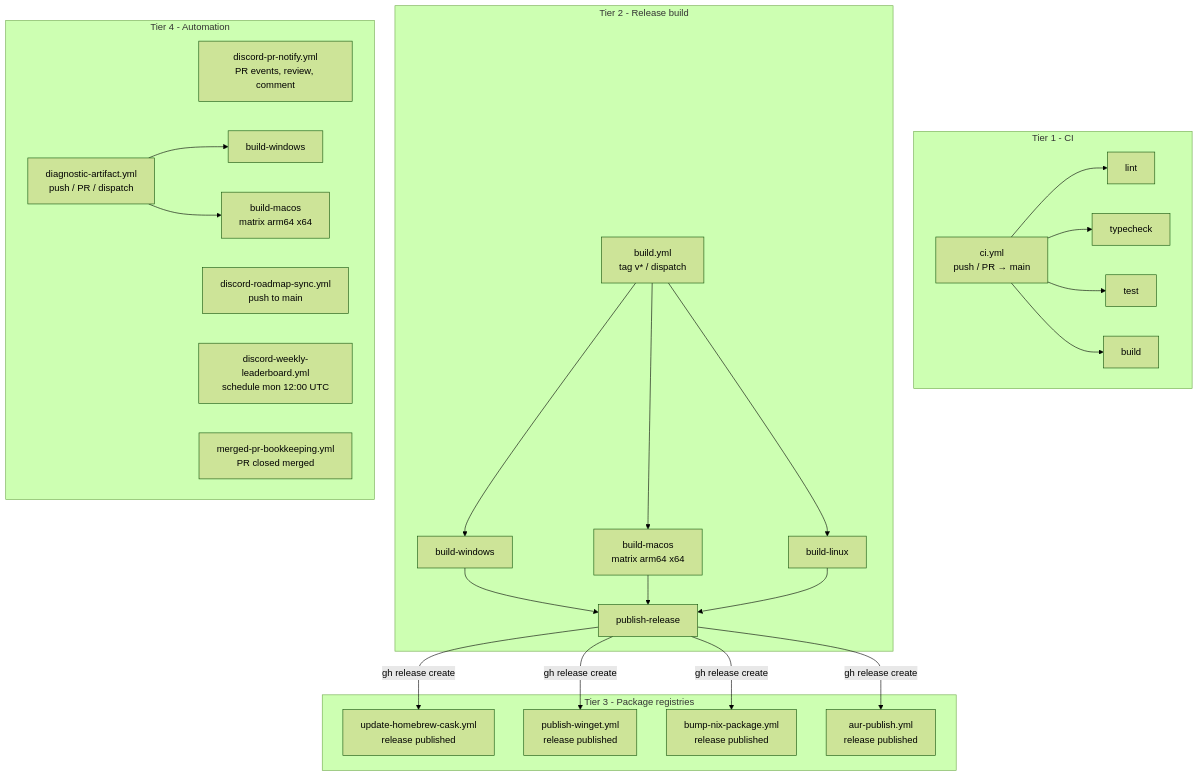
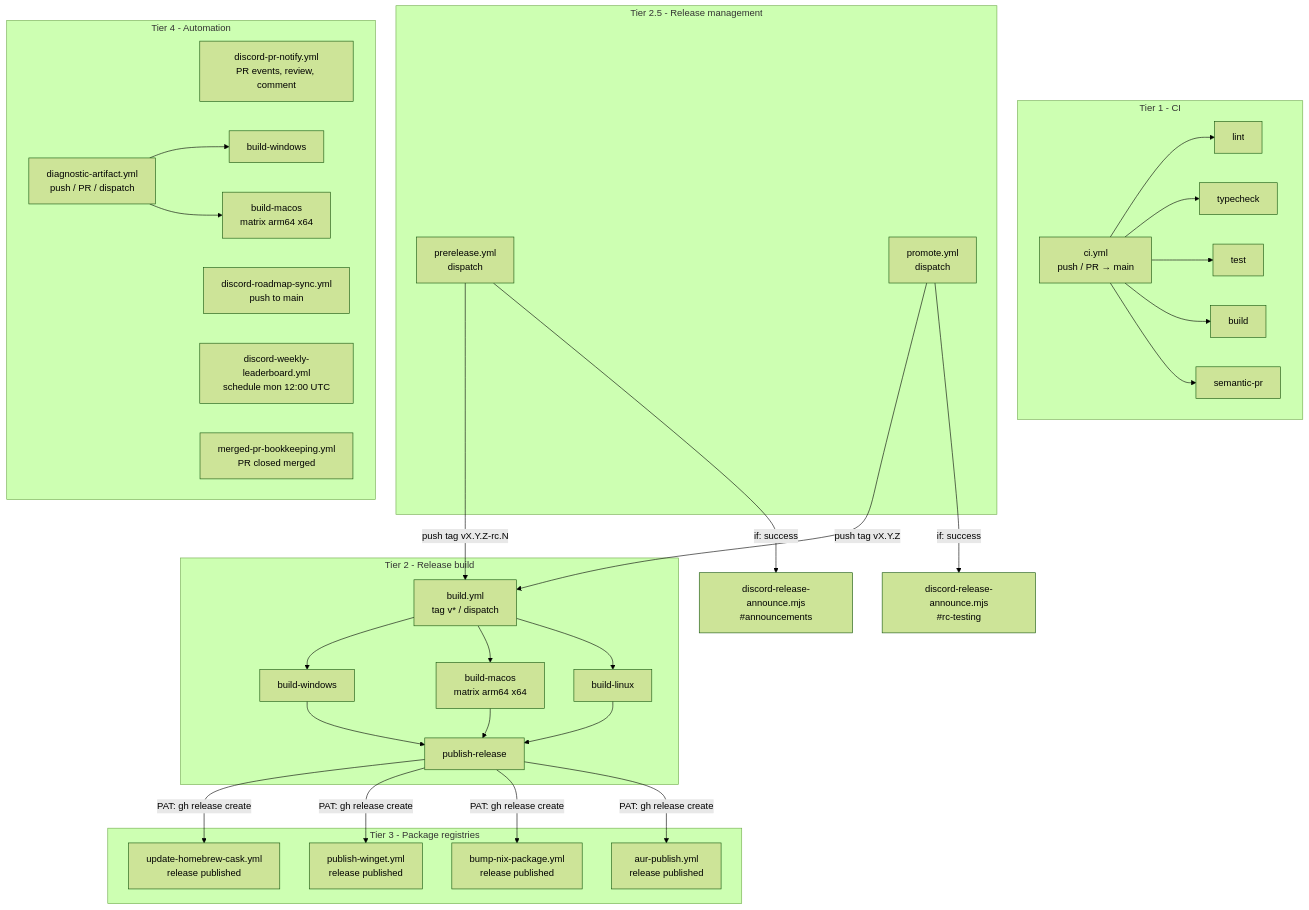
One commit to bedarstudios/openscreen changed the diagram in docs/github-actions-workflows.md. Above: the diagram before and after it, drawn with Mermaid (forest theme). The commit also changed other lines of this file and 11 other files, not shown here.

First line of the commit message:
feat(ci): release candidate pipeline (prerelease + promote workflows)

````diff
--- a/docs/github-actions-workflows.md
+++ b/docs/github-actions-workflows.md
@@ -9,52 +9,63 @@
 ```mermaid
 graph TD
     subgraph Tier 1 - CI
         ci[ci.yml<br/>push / PR → main]
         ci_lint[lint]
         ci_typecheck[typecheck]
         ci_test[test]
         ci_build[build]
+        ci_semantic[semantic-pr]
         ci --> ci_lint
         ci --> ci_typecheck
         ci --> ci_test
         ci --> ci_build
+        ci --> ci_semantic
     end
 
     subgraph Tier 2 - Release build
         build[build.yml<br/>tag v* / dispatch]
         build_win[build-windows]
         build_mac[build-macos<br/>matrix arm64 x64]
         build_linux[build-linux]
         build_release[publish-release]
         build --> build_win
         build --> build_mac
         build --> build_linux
         build_win --> build_release
         build_mac --> build_release
         build_linux --> build_release
+    end
+
+    subgraph Tier 2.5 - Release management
+        prerelease[prerelease.yml<br/>dispatch]
+        promote[promote.yml<br/>dispatch]
+        prerelease -->|push tag vX.Y.Z-rc.N| build
+        promote -->|push tag vX.Y.Z| build
     end
 
     subgraph Tier 3 - Package registries
         homebrew[update-homebrew-cask.yml<br/>release published]
         winget[publish-winget.yml<br/>release published]
         nix[bump-nix-package.yml<br/>release published]
         aur[aur-publish.yml<br/>release published]
     end
 
     subgraph Tier 4 - Automation
         discord_pr[discord-pr-notify.yml<br/>PR events, review, comment]
         discord_roadmap[discord-roadmap-sync.yml<br/>push to main]
         discord_leaderboard[discord-weekly-leaderboard.yml<br/>schedule mon 12:00 UTC]
         bookkeeping[merged-pr-bookkeeping.yml<br/>PR closed merged]
         diag[diagnostic-artifact.yml<br/>push / PR / dispatch]
         diag_win[build-windows]
         diag_mac[build-macos<br/>matrix arm64 x64]
         diag --> diag_win
         diag --> diag_mac
     end
 
-    build_release -->|gh release create| homebrew
-    build_release -->|gh release create| winget
-    build_release -->|gh release create| nix
-    build_release -->|gh release create| aur
+    build_release -->|PAT: gh release create| homebrew
+    build_release -->|PAT: gh release create| winget
+    build_release -->|PAT: gh release create| nix
+    build_release -->|PAT: gh release create| aur
+    promote -->|if: success| discord_announce_rc[discord-release-announce.mjs<br/>#rc-testing]
+    prerelease -->|if: success| discord_announce_stable[discord-release-announce.mjs<br/>#announcements]
 ```
````
